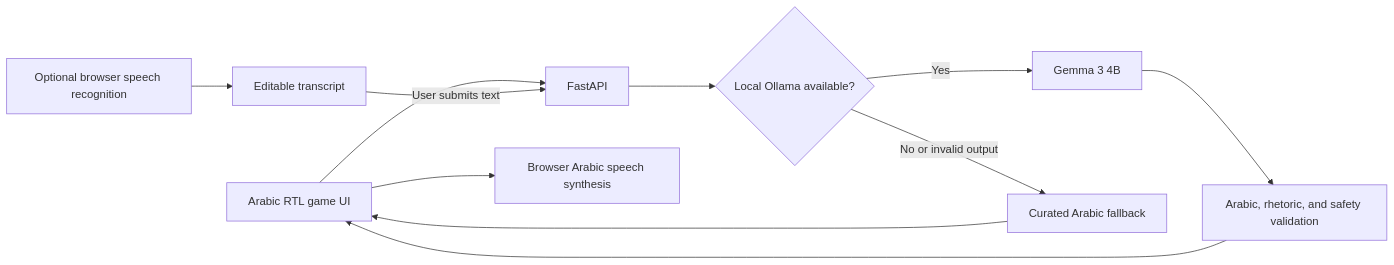
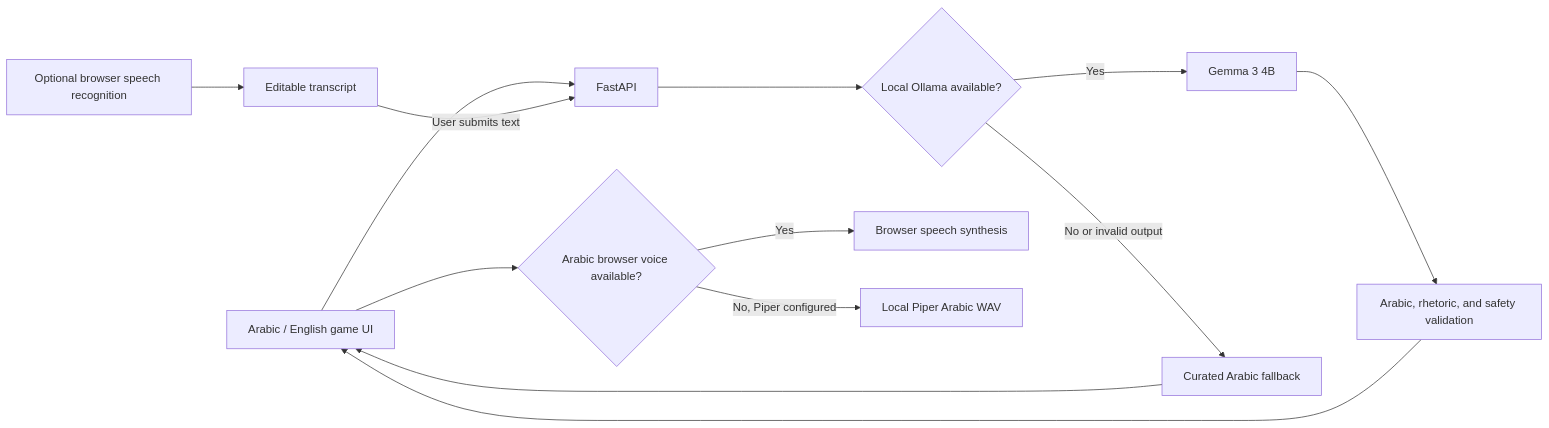
One commit to FreemanBoss/bayaan changed the diagram in README.md. Above: the diagram before and after it, drawn with Mermaid. The commit also changed other lines of this file and 8 other files, not shown here.

````diff
--- a/README.md
+++ b/README.md
@@ -50,13 +60,15 @@
 ```mermaid
 flowchart LR
-    A[Arabic RTL game UI] --> B[FastAPI]
+    A[Arabic / English game UI] --> B[FastAPI]
     B --> C{Local Ollama available?}
     C -->|Yes| D[Gemma 3 4B]
     C -->|No or invalid output| E[Curated Arabic fallback]
     D --> F[Arabic, rhetoric, and safety validation]
     E --> A
     F --> A
     G[Optional browser speech recognition] --> H[Editable transcript]
     H -->|User submits text| B
-    A --> I[Browser Arabic speech synthesis]
+    A --> I{Arabic browser voice available?}
+    I -->|Yes| J[Browser speech synthesis]
+    I -->|No, Piper configured| K[Local Piper Arabic WAV]
 ```
````
